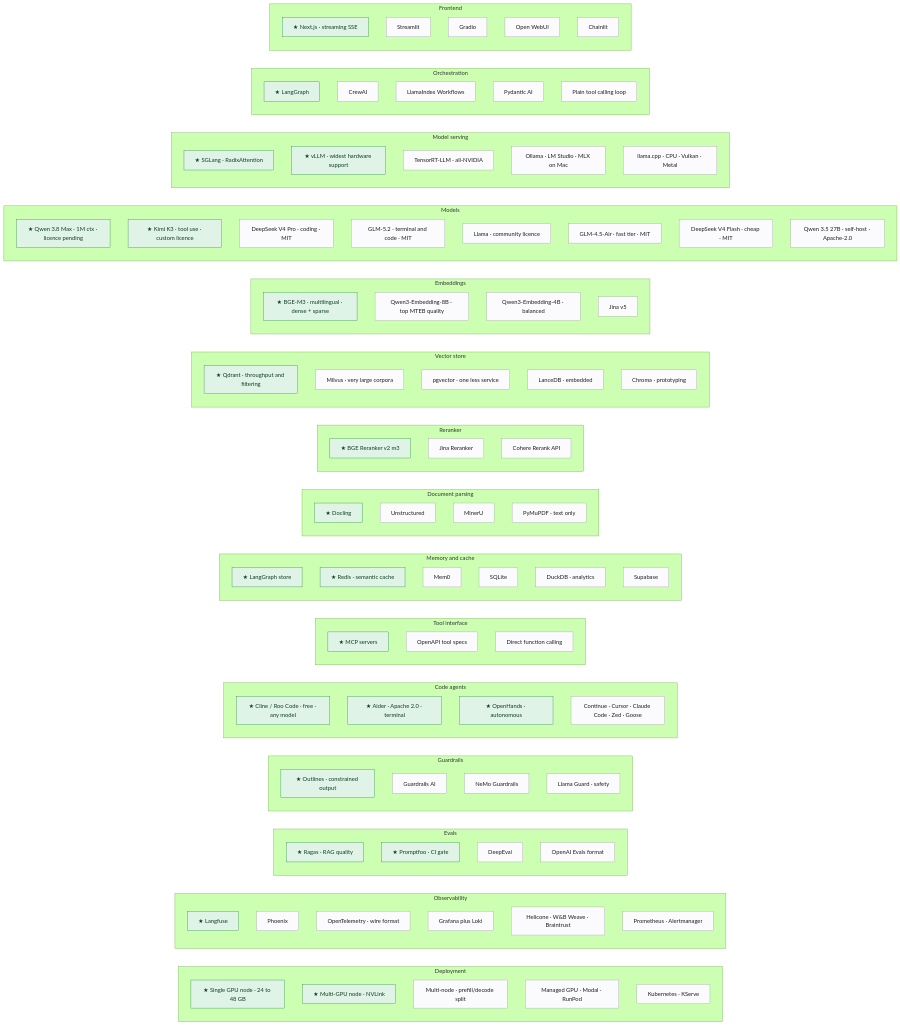
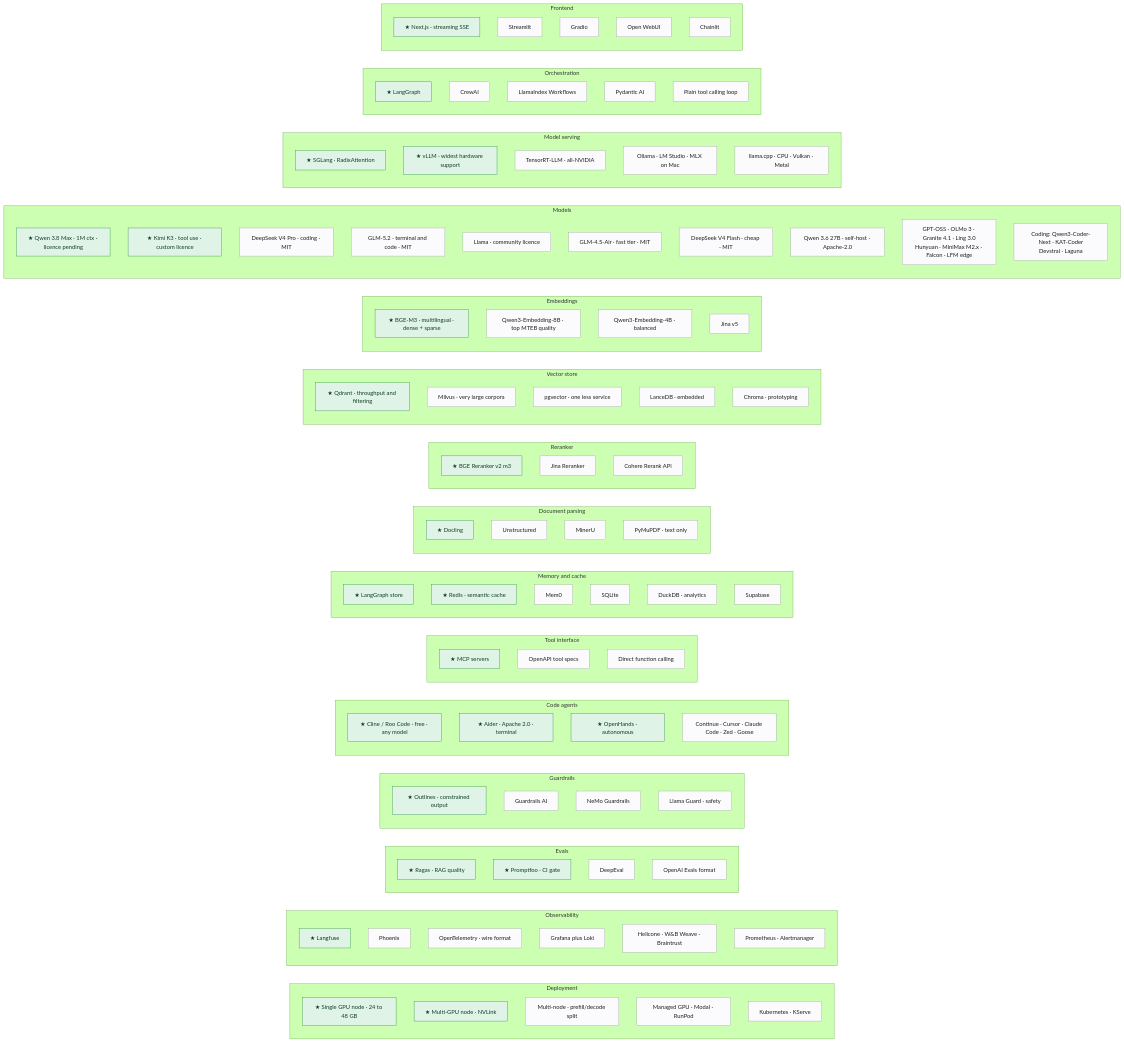
Before and after one commit to mlvpatel/open-weight-agent-stack: diagram 17 of 18 in MANUAL.md, drawn with Mermaid (forest theme). The commit also changed other lines of this file and 7 other files, not shown here.

````diff
--- a/MANUAL.md
+++ b/MANUAL.md
@@ -1486,7 +1489,9 @@
         MD5["Llama · community licence"]
         MD6["GLM-4.5-Air · fast tier · MIT"]
         MD7["DeepSeek V4 Flash · cheap · MIT"]
-        MD8["Qwen 3.5 27B · self-host · Apache-2.0"]
+        MD8["Qwen 3.6 27B · self-host · Apache-2.0"]
+        MD9["GPT-OSS · OLMo 3 · Granite 4.1 · Ling 3.0<br/>Hunyuan · MiniMax M2.x · Falcon · LFM edge"]
+        MD10["Coding: Qwen3-Coder-Next · KAT-Coder<br/>Devstral · Laguna"]
     end
     subgraph CAT_SV["Model serving"]
         SV1["★ SGLang · RadixAttention"]
@@ -1514,5 +1519,5 @@
     classDef alt fill:#fbfbfd,stroke:#a1a1a6,color:#1d1d1f
 
     class FE1,OR1,SV1,SV2,MD1,MD2,EM1,VS1,RR1,PA1,ME1,ME2,TL1,CA1,CA2,CA3,GR1,EV1,EV2,OB1,DP1,DP2 pick
-    class FE2,FE3,FE4,FE5,OR2,OR3,OR4,OR5,SV3,SV4,SV5,MD3,MD4,MD5,MD6,MD7,MD8,EM2,EM3,EM4,VS2,VS3,VS4,VS5,RR2,RR3,PA2,PA3,PA4,ME3,ME4,ME5,ME6,TL2,TL3,CA4,GR2,GR3,GR4,EV3,EV4,OB2,OB3,OB4,OB5,OB6,DP3,DP4,DP5 alt
+    class FE2,FE3,FE4,FE5,OR2,OR3,OR4,OR5,SV3,SV4,SV5,MD3,MD4,MD5,MD6,MD7,MD8,MD9,MD10,EM2,EM3,EM4,VS2,VS3,VS4,VS5,RR2,RR3,PA2,PA3,PA4,ME3,ME4,ME5,ME6,TL2,TL3,CA4,GR2,GR3,GR4,EV3,EV4,OB2,OB3,OB4,OB5,OB6,DP3,DP4,DP5 alt
 ```
````
